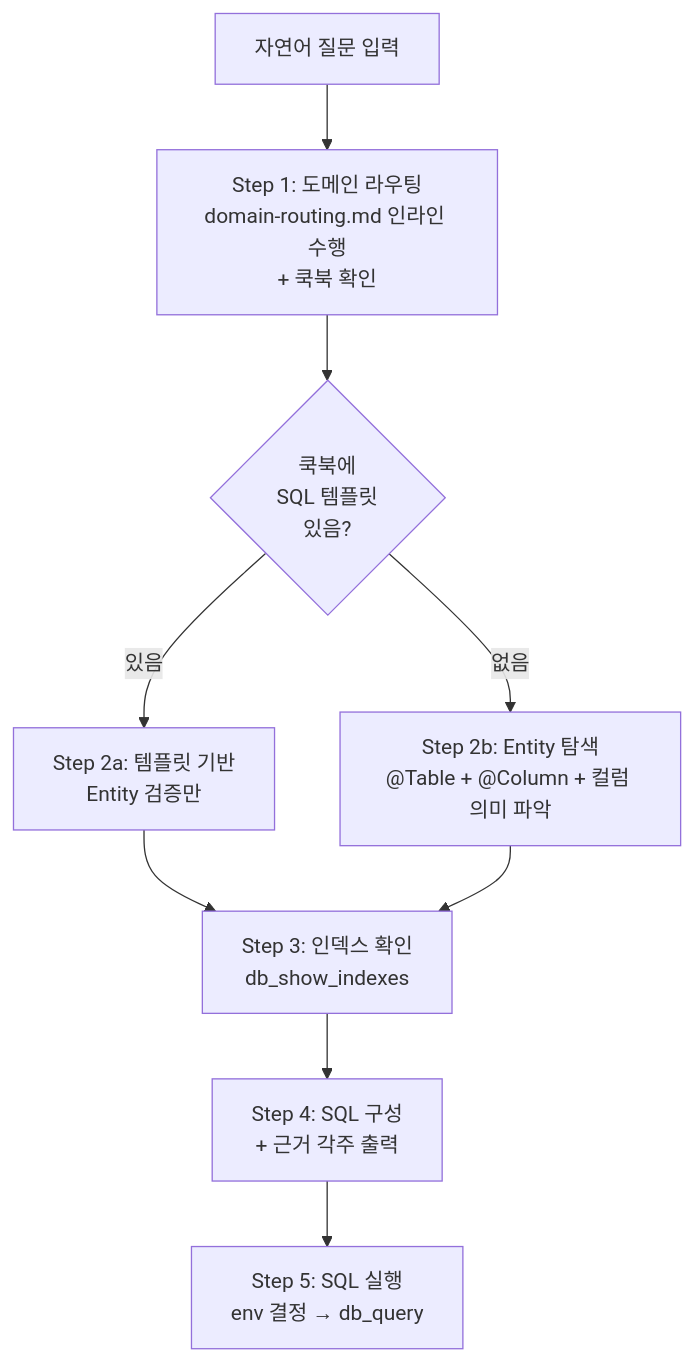
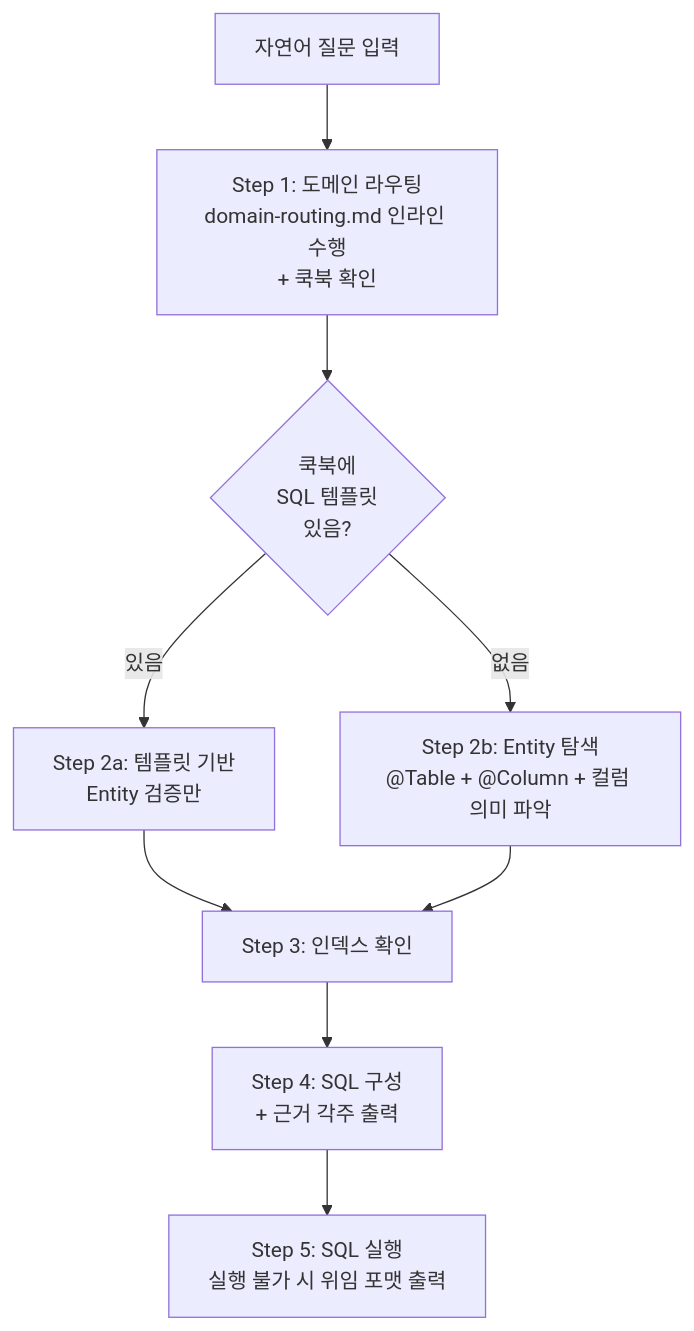
One commit to flex-team/flex-oncall changed the diagram in .claude/skills/ops-db-query-builder/SKILL.md. Above: the diagram before and after it, drawn with Mermaid. The commit also changed other lines of this file and 6 other files, not shown here.

````diff
--- a/.claude/skills/ops-db-query-builder/SKILL.md
+++ b/.claude/skills/ops-db-query-builder/SKILL.md
@@ -37,11 +37,11 @@
 ```mermaid
 flowchart TD
     A[자연어 질문 입력] --> B[Step 1: 도메인 라우팅<br/>domain-routing.md 인라인 수행<br/>+ 쿡북 확인]
     B --> C{쿡북에<br/>SQL 템플릿<br/>있음?}
     C -->|있음| D[Step 2a: 템플릿 기반<br/>Entity 검증만]
     C -->|없음| E[Step 2b: Entity 탐색<br/>@Table + @Column + 컬럼 의미 파악]
-    D --> G[Step 3: 인덱스 확인<br/>db_show_indexes]
+    D --> G[Step 3: 인덱스 확인]
     E --> G
     G --> I[Step 4: SQL 구성<br/>+ 근거 각주 출력]
-    I --> J[Step 5: SQL 실행<br/>env 결정 → db_query]
+    I --> J[Step 5: SQL 실행<br/>실행 불가 시 위임 포맷 출력]
 ```
````
